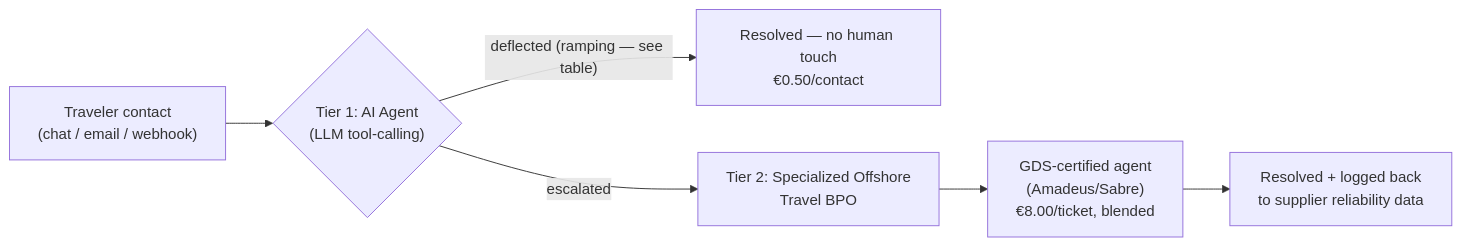
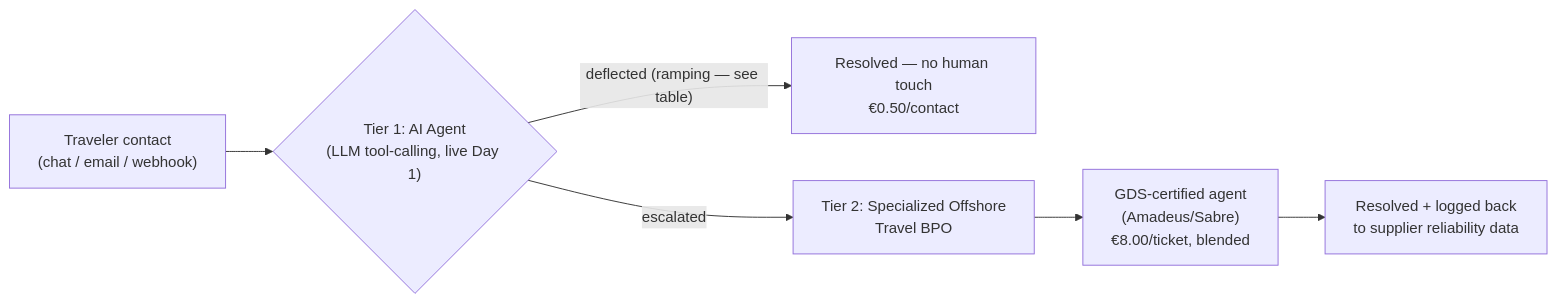
Before and after one commit to ninataba/jinko-cos: the second of 2 diagrams in CASE_STUDY.md, drawn with Mermaid. The commit also changed other lines of this file and 1 other file, not shown here.

````diff
--- a/CASE_STUDY.md
+++ b/CASE_STUDY.md
@@ -179,8 +199,8 @@
 ```mermaid
 flowchart LR
-    A["Traveler contact\n(chat / email / webhook)"] --> B{"Tier 1: AI Agent\n(LLM tool-calling)"}
+    A["Traveler contact\n(chat / email / webhook)"] --> B{"Tier 1: AI Agent\n(LLM tool-calling, live Day 1)"}
     B -- "deflected (ramping — see table)" --> C["Resolved — no human touch\n€0.50/contact"]
     B -- "escalated" --> D["Tier 2: Specialized Offshore\nTravel BPO"]
     D --> E["GDS-certified agent\n(Amadeus/Sabre)\n€8.00/ticket, blended"]
     E --> F["Resolved + logged back\nto supplier reliability data"]
 ```
````
